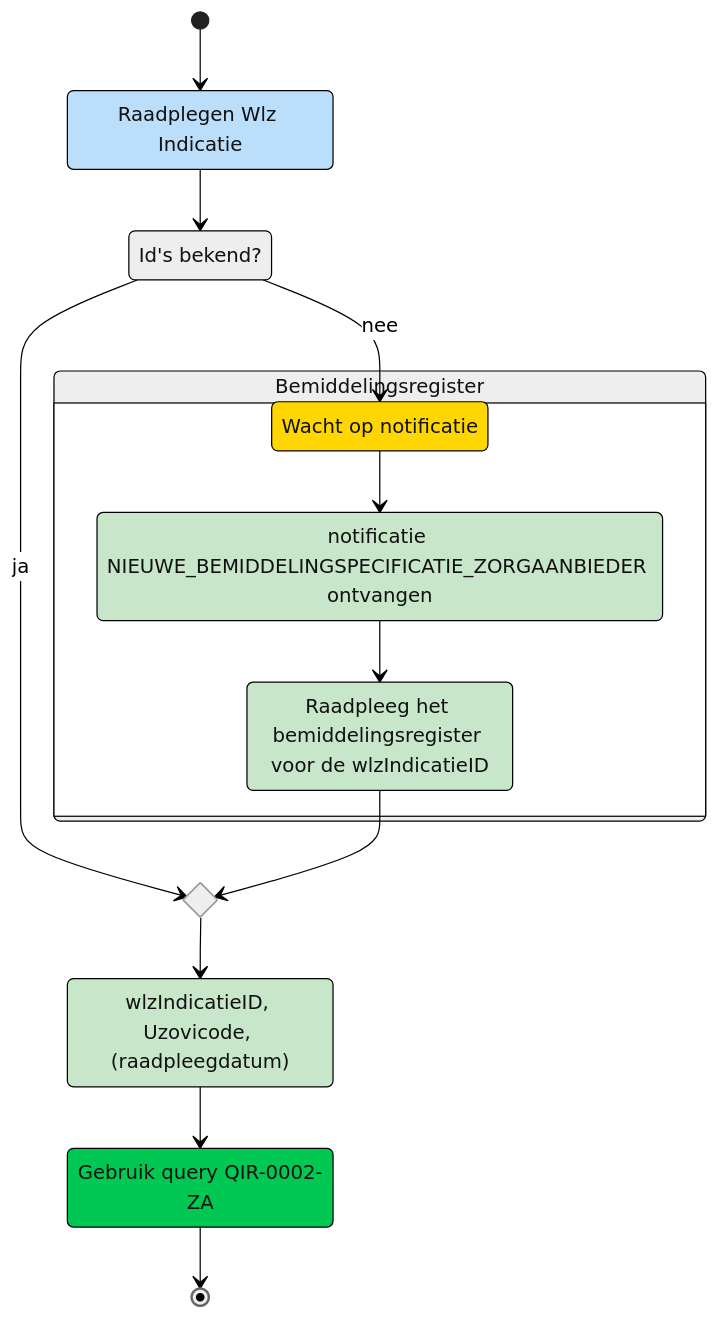
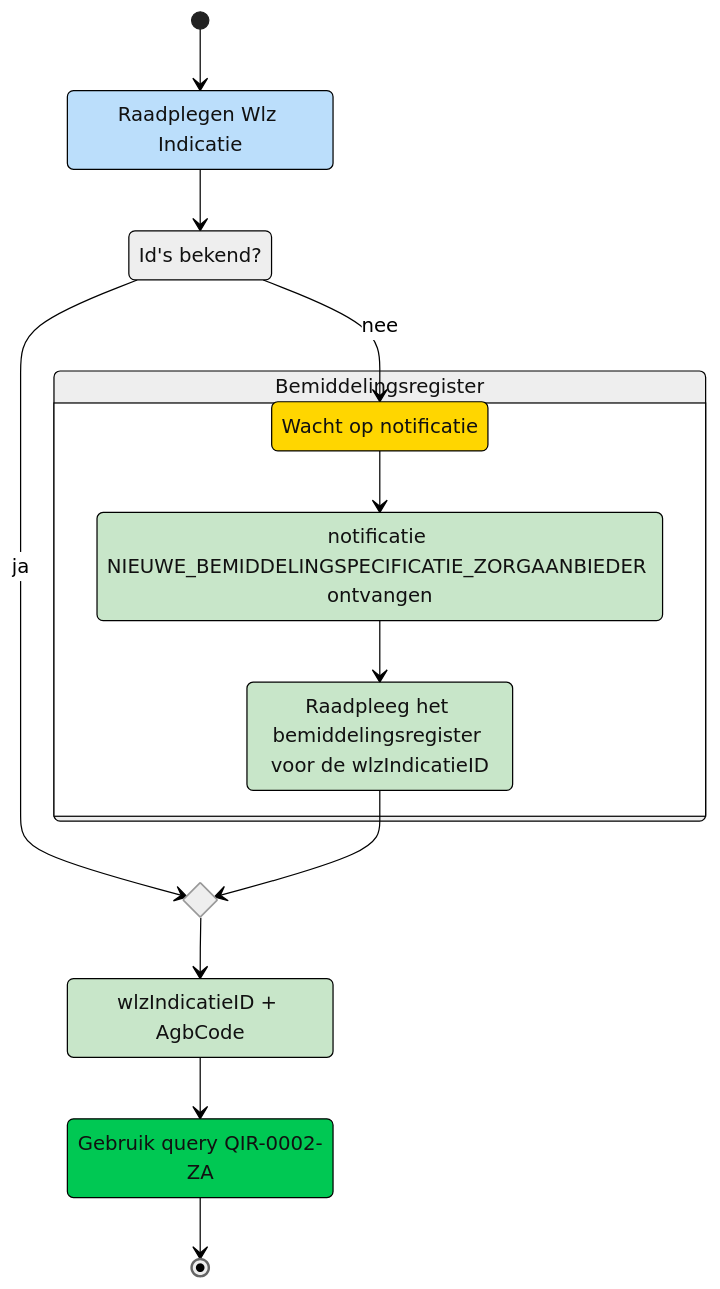
One commit to iStandaarden/iWlz-indicatie changed the diagram in gql-query/zorgaanbieder/README.md. Above: the diagram before and after it, drawn with Mermaid. The commit also changed other lines of this file and 2 other files, not shown here.

````diff
--- a/gql-query/zorgaanbieder/README.md
+++ b/gql-query/zorgaanbieder/README.md
@@ -15,37 +15,37 @@
 ```mermaid
 ---
 config:
   theme: neutral
   look: classic
 ---
 stateDiagram
     [*] --> raadplegen
     state idAvailable <<choice>>
     
     raadplegen --> idAvailable
     idAvailable --> notifyWait: nee
     state register {
     notifyWait --> notifyReceive
     notifyReceive --> haalData
     }
     state chooseQuery <<choice>>
     idAvailable --> chooseQuery: ja
     haalData --> chooseQuery
     chooseQuery --> inputQuery
     inputQuery --> Query
     Query --> [*]
 
     raadplegen: Raadplegen Wlz Indicatie
     register: Bemiddelingsregister
     idAvailable: Id's bekend?
     notifyWait: Wacht op notificatie
     notifyReceive: notificatie NIEUWE_BEMIDDELINGSPECIFICATIE_ZORGAANBIEDER ontvangen
     haalData: Raadpleeg het bemiddelingsregister voor de wlzIndicatieID
-    inputQuery: wlzIndicatieID, Uzovicode, (raadpleegdatum) 
+    inputQuery: wlzIndicatieID + AgbCode 
     Query: Gebruik query QIR-0002-ZA
 
   style notifyWait fill:#FFD600
   style raadplegen fill:#BBDEFB,color:none
   style notifyReceive,haalData,inputQuery fill:#C8E6C9
   style Query fill:#00C853
 ```
````
